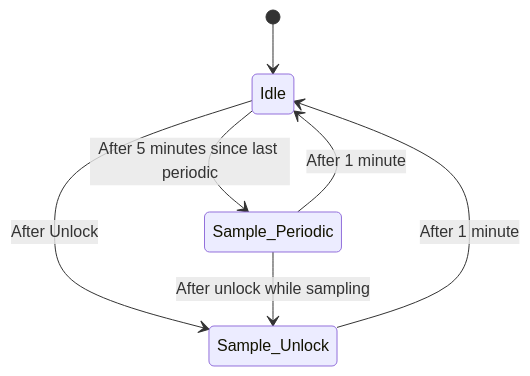
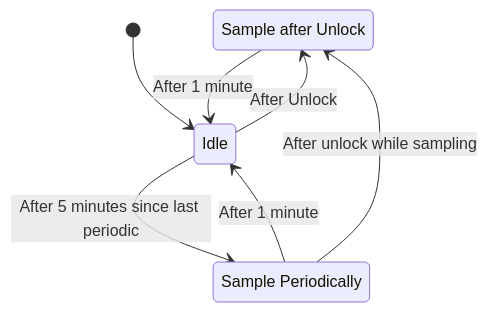
The third of 4 diagrams in README.md (timweiss/WHALE-platform), drawn with Mermaid before and after one commit. The commit also changed other lines of this file, not shown here.

````diff
--- a/README.md
+++ b/README.md
@@ -107,9 +93,12 @@
 ```mermaid
 stateDiagram-v2
+    state "Sample after Unlock" as Sample_Unlock
+    state "Sample Periodically" as Sample_Periodic
+    
     [*] --> Idle
     Idle --> Sample_Unlock: After Unlock
     Idle --> Sample_Periodic: After 5 minutes since last periodic
     Sample_Unlock --> Idle: After 1 minute
     Sample_Periodic --> Sample_Unlock: After unlock while sampling
     Sample_Periodic --> Idle: After 1 minute
 ```
````
